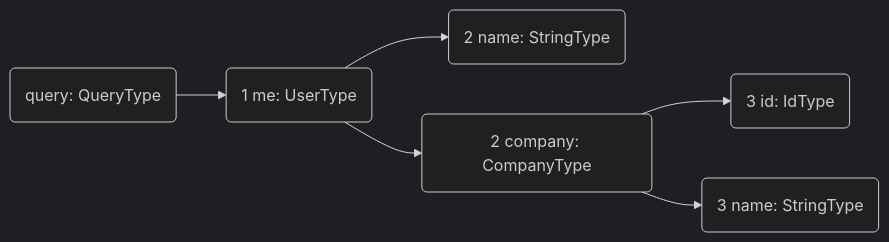
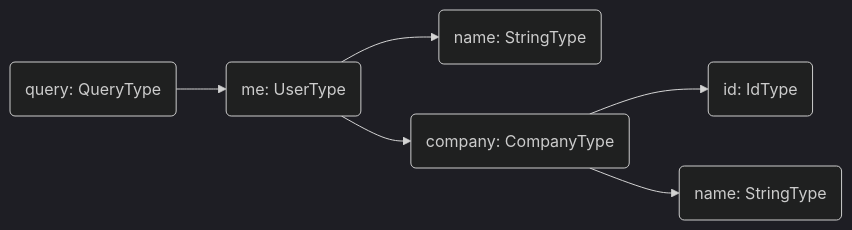
Before and after one commit to dmg-hamann/hotchocolate: the diagram in website/src/docs/hotchocolate/fetching-data/resolvers.md, drawn with Mermaid (dark theme). The commit also changed other lines of this file and 1 other file, not shown here.

````diff
--- a/website/src/docs/hotchocolate/fetching-data/resolvers.md
+++ b/website/src/docs/hotchocolate/fetching-data/resolvers.md
@@ -33,8 +33,8 @@
 ```mermaid
 graph LR
-  A(query: QueryType) --> B(1 me: UserType)
-  B --> C(2 name: StringType)
-  B --> D(2 company: CompanyType)
-  D --> E(3 id: IdType)
-  D --> F(3 name: StringType)
+  A(query: QueryType) --> B(me: UserType)
+  B --> C(name: StringType)
+  B --> D(company: CompanyType)
+  D --> E(id: IdType)
+  D --> F(name: StringType)
 ```
````
